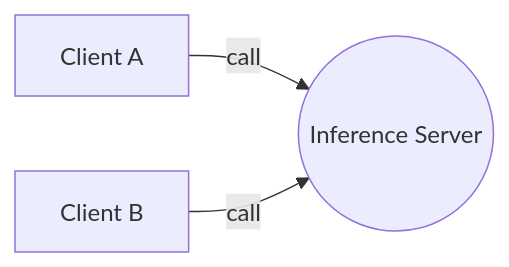
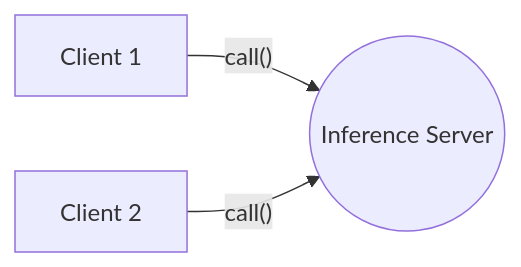
The second of 3 diagrams in README.md (youliangtan/agentlace), drawn with Mermaid before and after one commit. The commit also changed other lines of this file and 3 other files, not shown here.

Commit message:
fix mermaid doc and extend trainer function

````diff
--- a/README.md
+++ b/README.md
@@ -45,5 +47,5 @@
 ```mermaid
 graph LR
-A[Client A] -- call --> C((Inference Server))
-B[Client B] -- call --> C
+A[Client 1] -- call() --> B((Inference Server))
+C[Client 2] -- call() --> B
 ```
````
